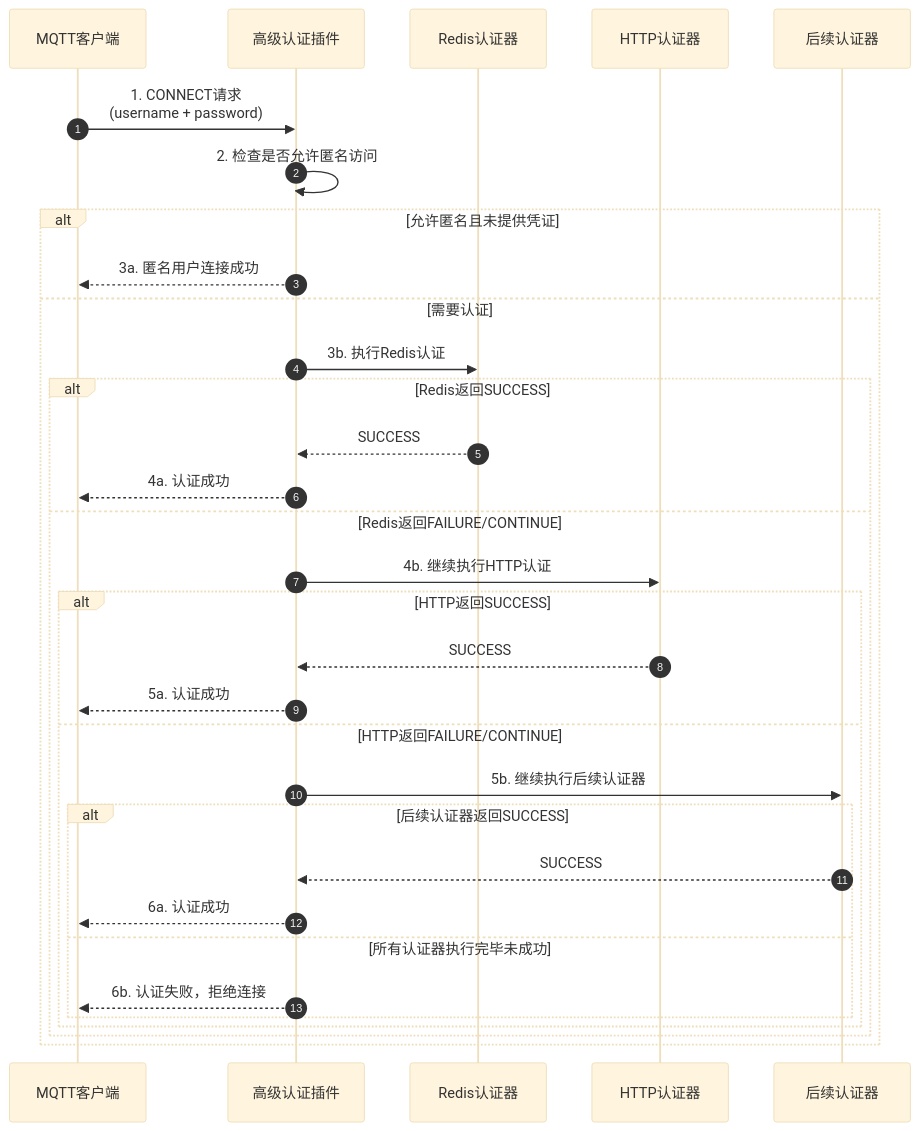
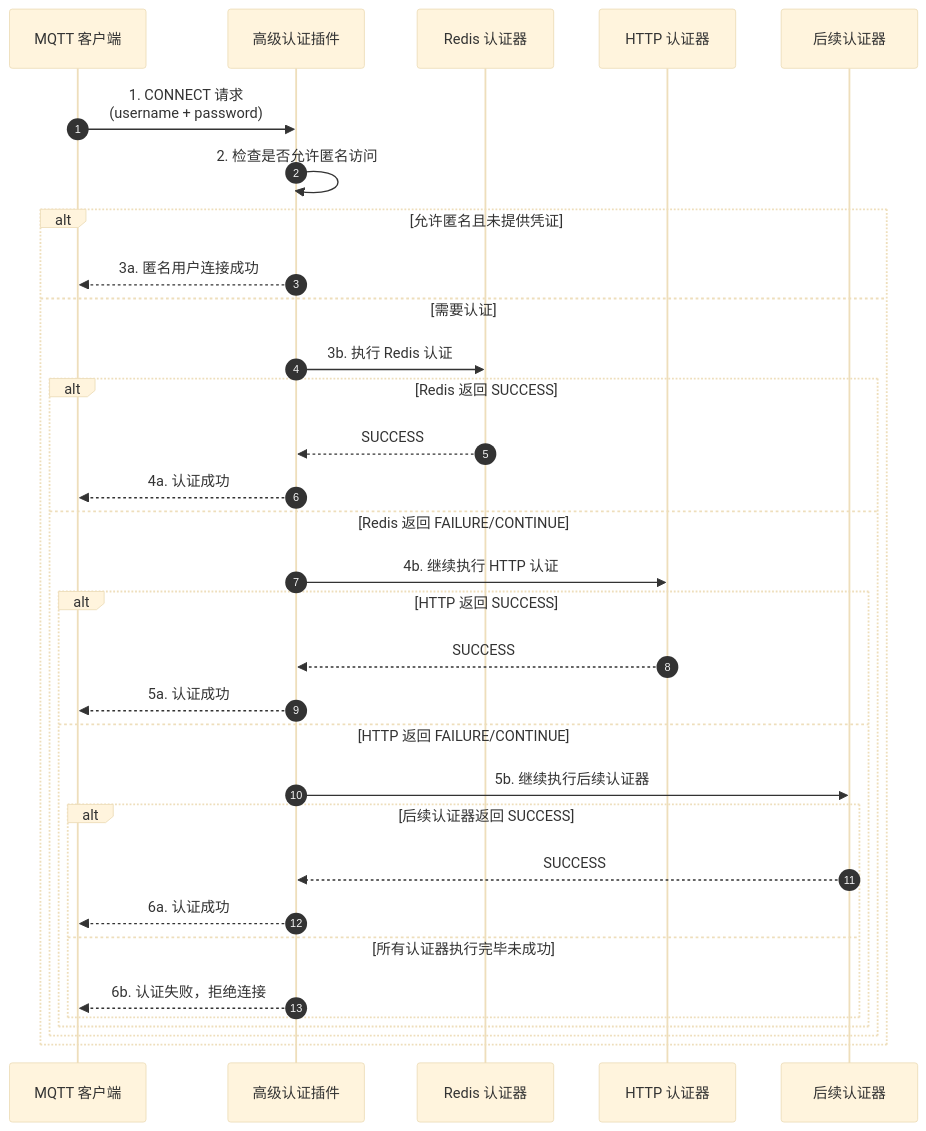
The diagram in pages/src/content/docs/plugins/advanced-auth-plugin.mdx (smartboot/smart-mqtt), drawn with Mermaid (base theme) before and after one commit. The commit also changed other lines of this file, not shown here.

````diff
--- a/pages/src/content/docs/plugins/advanced-auth-plugin.mdx
+++ b/pages/src/content/docs/plugins/advanced-auth-plugin.mdx
@@ -21,39 +21,39 @@
 ```mermaid
 sequenceDiagram
     autonumber
-    participant C as MQTT客户端
+    participant C as MQTT 客户端
     participant A as 高级认证插件
-    participant R as Redis认证器
-    participant H as HTTP认证器
+    participant R as Redis 认证器
+    participant H as HTTP 认证器
     participant S as 后续认证器
     
-    C->>A: 1. CONNECT请求<br/>(username + password)
+    C->>A: 1. CONNECT 请求<br/>(username + password)
     A->>A: 2. 检查是否允许匿名访问
     
     alt 允许匿名且未提供凭证
         A-->>C: 3a. 匿名用户连接成功
     else 需要认证
-        A->>R: 3b. 执行Redis认证
+        A->>R: 3b. 执行 Redis 认证
         
-        alt Redis返回SUCCESS
+        alt Redis 返回 SUCCESS
             R-->>A: SUCCESS
             A-->>C: 4a. 认证成功
-        else Redis返回FAILURE/CONTINUE
-            A->>H: 4b. 继续执行HTTP认证
+        else Redis 返回 FAILURE/CONTINUE
+            A->>H: 4b. 继续执行 HTTP 认证
             
-            alt HTTP返回SUCCESS
+            alt HTTP 返回 SUCCESS
                 H-->>A: SUCCESS
                 A-->>C: 5a. 认证成功
-            else HTTP返回FAILURE/CONTINUE
+            else HTTP 返回 FAILURE/CONTINUE
                 A->>S: 5b. 继续执行后续认证器
                 
-                alt 后续认证器返回SUCCESS
+                alt 后续认证器返回 SUCCESS
                     S-->>A: SUCCESS
                     A-->>C: 6a. 认证成功
                 else 所有认证器执行完毕未成功
                     A-->>C: 6b. 认证失败，拒绝连接
                 end
             end
         end
     end
 ```
````
